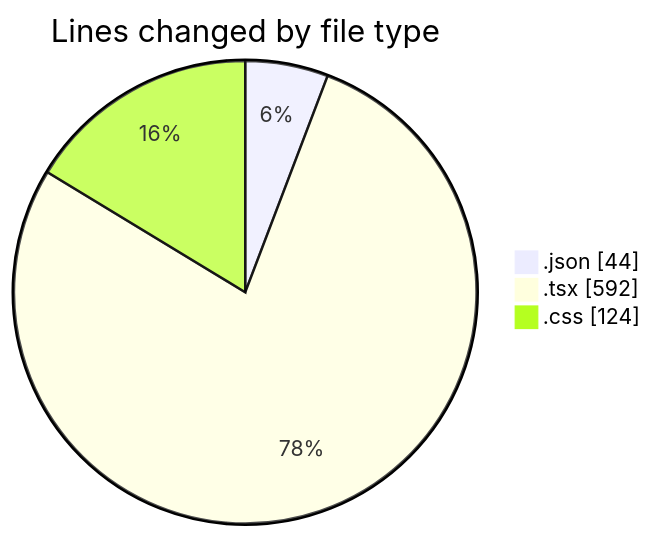
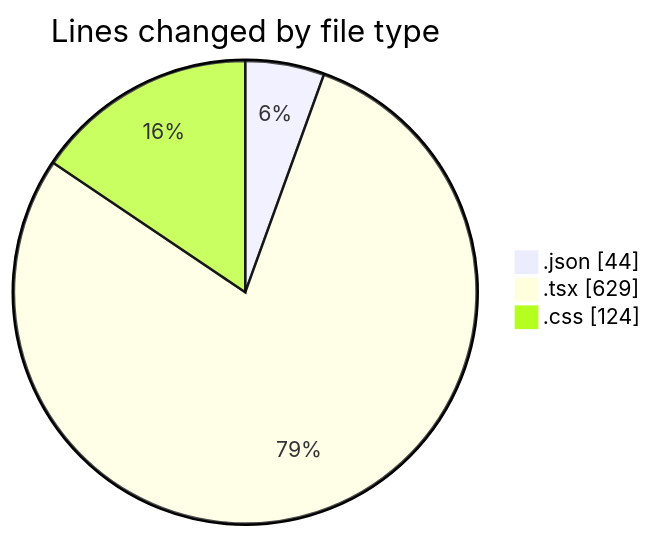
Before and after one commit to robertbonfada/code-tracking: the first of 2 diagrams in 2025-03-18/peregrino-web/README.md, drawn with Mermaid. The commit also changed other lines of this file and 1 other file, not shown here.

````diff
--- a/2025-03-18/peregrino-web/README.md
+++ b/2025-03-18/peregrino-web/README.md
@@ -27,7 +28,7 @@
 ```mermaid
 pie showData
 title Lines changed by file type
 ".json" : 44
-".tsx" : 592
+".tsx" : 629
 ".css" : 124
 ```
````
